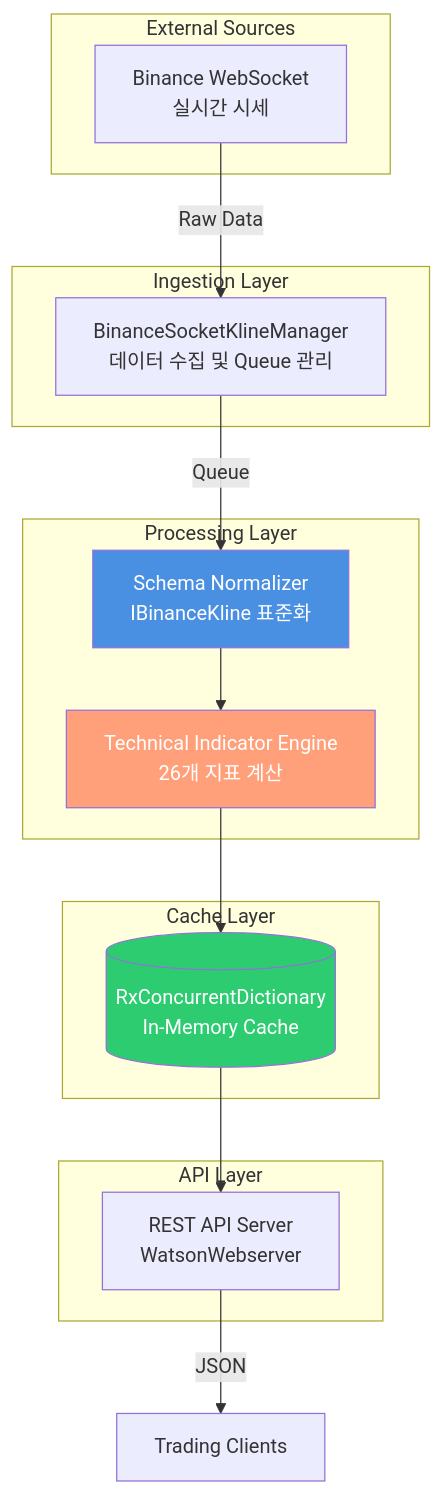
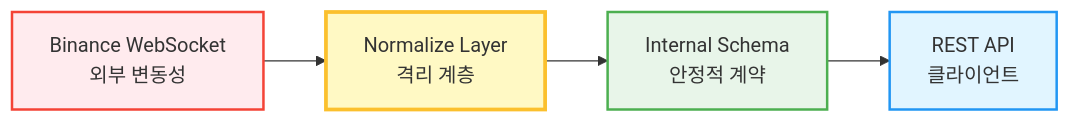
The fifth of 8 diagrams in README.md (1985jwlee/overview), drawn with Mermaid before and after one commit. The commit also changed other lines of this file, not shown here.

````diff
--- a/README.md
+++ b/README.md
@@ -92,34 +212,16 @@
 ```mermaid
-graph TB
-    subgraph "External Sources"
-        WS[Binance WebSocket<br/>실시간 시세]
-    end
+graph LR
+    EXT[Binance WebSocket<br/>외부 변동성]
+    NRM[Normalize Layer<br/>격리 계층]
+    INT[Internal Schema<br/>안정적 계약]
+    API[REST API<br/>클라이언트]
     
-    subgraph "Ingestion Layer"
-        Mgr[BinanceSocketKlineManager<br/>데이터 수집 및 Queue 관리]
-    end
+    EXT --> NRM
+    NRM --> INT
+    INT --> API
     
-    subgraph "Processing Layer"
-        Norm[Schema Normalizer<br/>IBinanceKline 표준화]
-        Calc[Technical Indicator Engine<br/>26개 지표 계산]
-    end
-    
-    subgraph "Cache Layer"
-        Cache[(RxConcurrentDictionary<br/>In-Memory Cache)]
-    end
-    
-    subgraph "API Layer"
-        API[REST API Server<br/>WatsonWebserver]
-    end
-    
-    WS -->|Raw Data| Mgr
-    Mgr -->|Queue| Norm
-    Norm --> Calc
-    Calc --> Cache
-    Cache --> API
-    API -->|JSON| Client[Trading Clients]
-    
-    style Norm fill:#4A90E2,color:#fff
-    style Calc fill:#FFA07A,color:#fff
-    style Cache fill:#2ECC71,color:#fff
+    style EXT fill:#ffebee,stroke:#f44336,stroke-width:2px
+    style NRM fill:#fff9c4,stroke:#fbc02d,stroke-width:3px
+    style INT fill:#e8f5e9,stroke:#4caf50,stroke-width:2px
+    style API fill:#e1f5ff,stroke:#2196f3,stroke-width:2px
 ```
````
